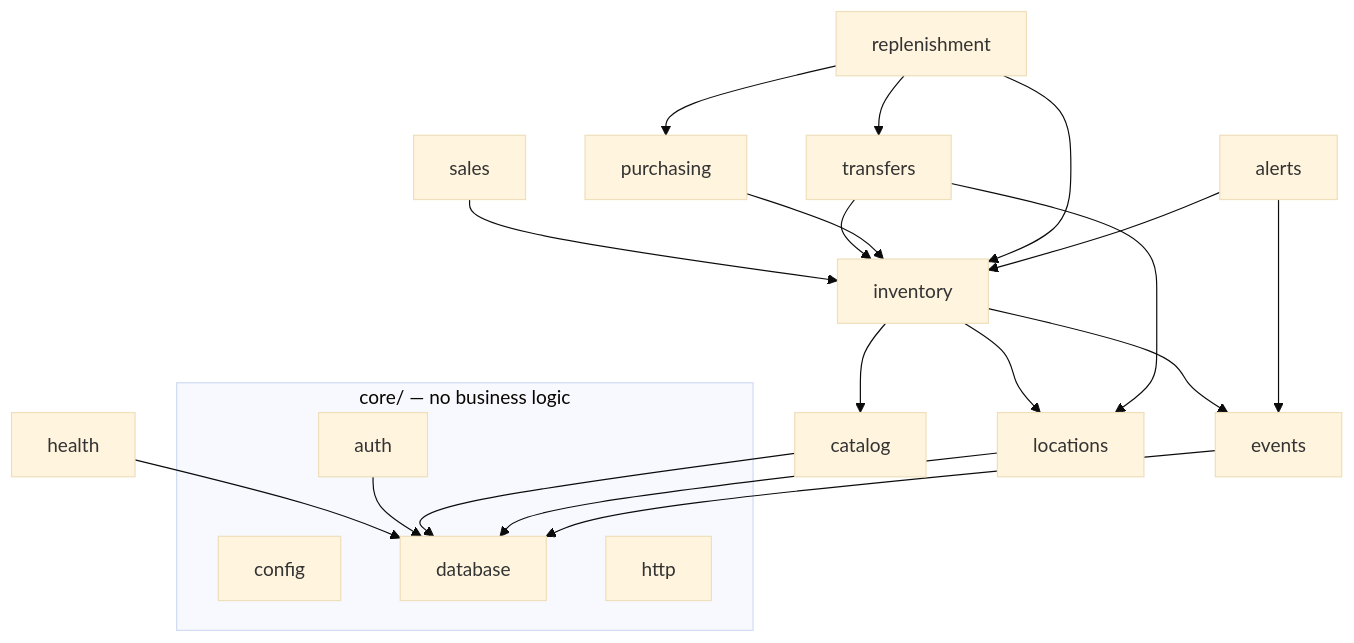
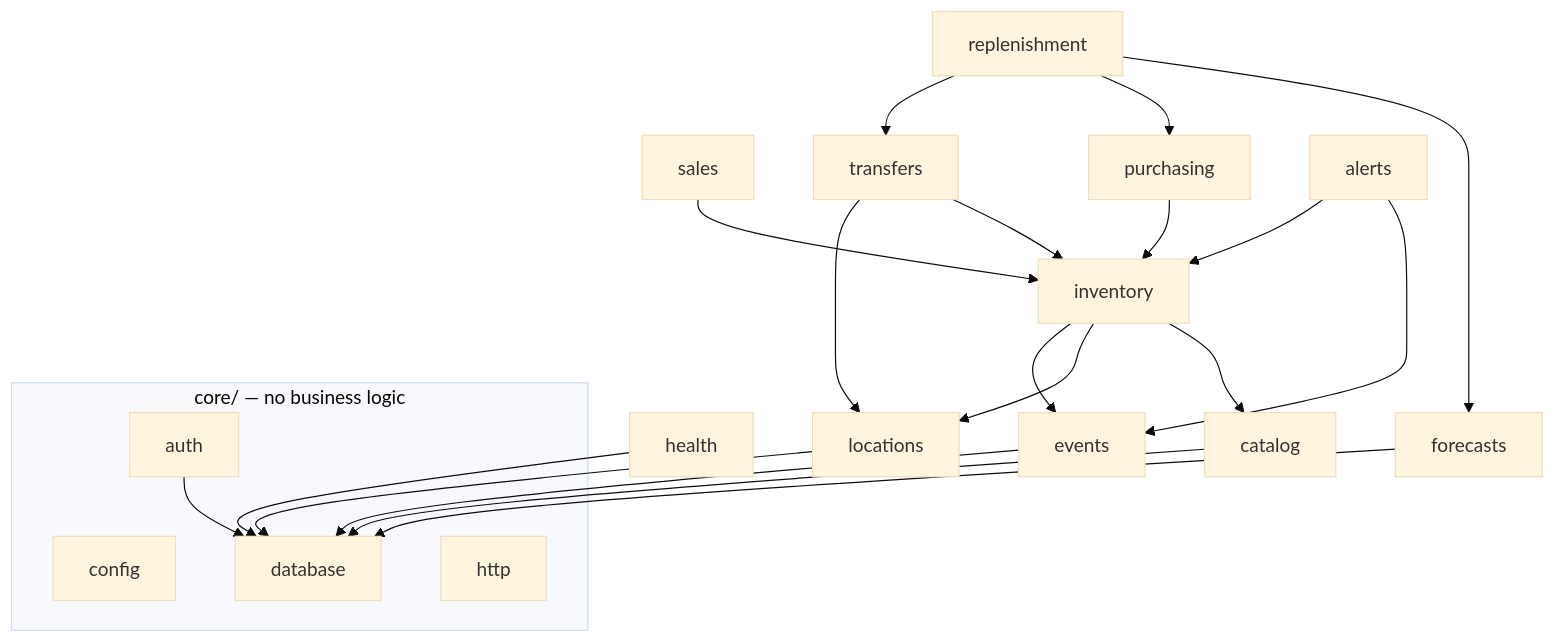
Before and after one commit to Hirockpaul/RetailPulse: the second of 6 diagrams in docs/ARCHITECTURE.md, drawn with Mermaid (base theme). The commit also changed other lines of this file and 76 other files, not shown here.

````diff
--- a/docs/ARCHITECTURE.md
+++ b/docs/ARCHITECTURE.md
@@ -69,17 +69,18 @@
 ```mermaid
 flowchart TB
   subgraph core[core/ — no business logic]
     config & database & http & auth
   end
   health --> database
   auth --> database
   catalog --> database
   locations --> database
   inventory --> catalog & locations & events
   sales --> inventory
   transfers --> inventory & locations
   purchasing --> inventory
-  replenishment --> inventory & purchasing & transfers
+  forecasts --> database
+  replenishment --> forecasts & purchasing & transfers
   events --> database
   alerts --> events & inventory
 ```
````
